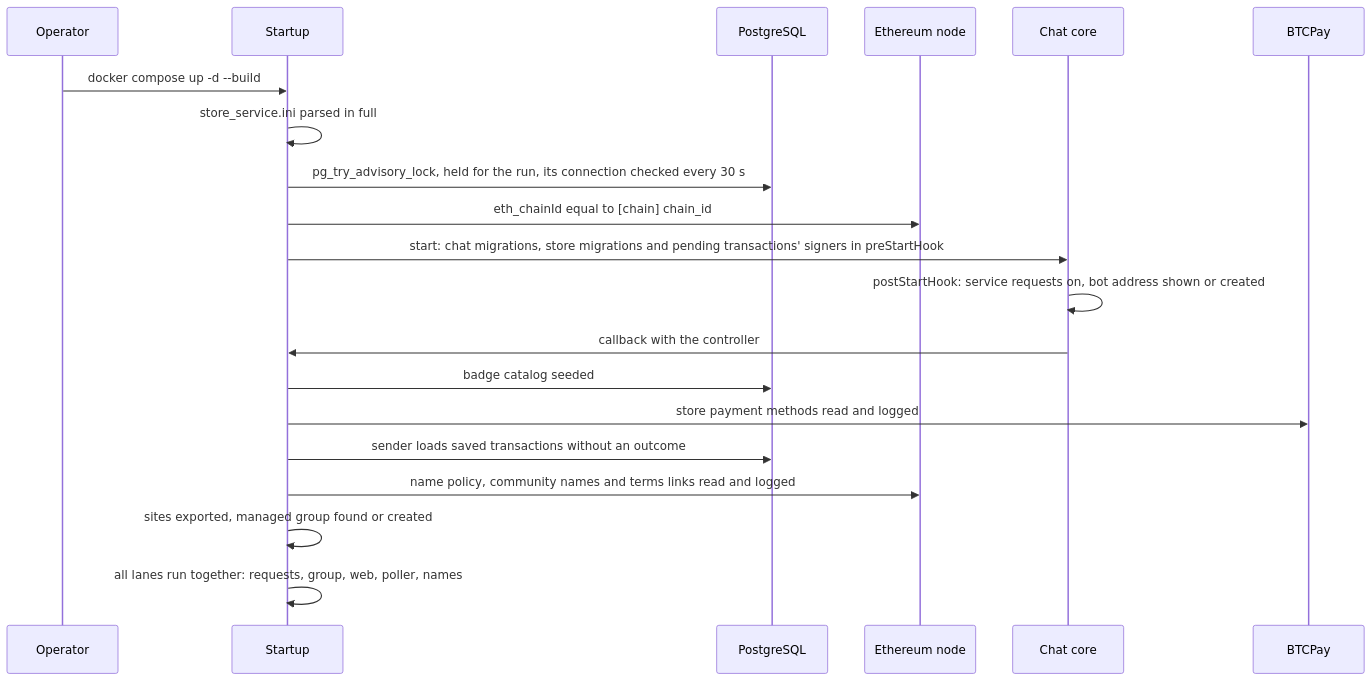
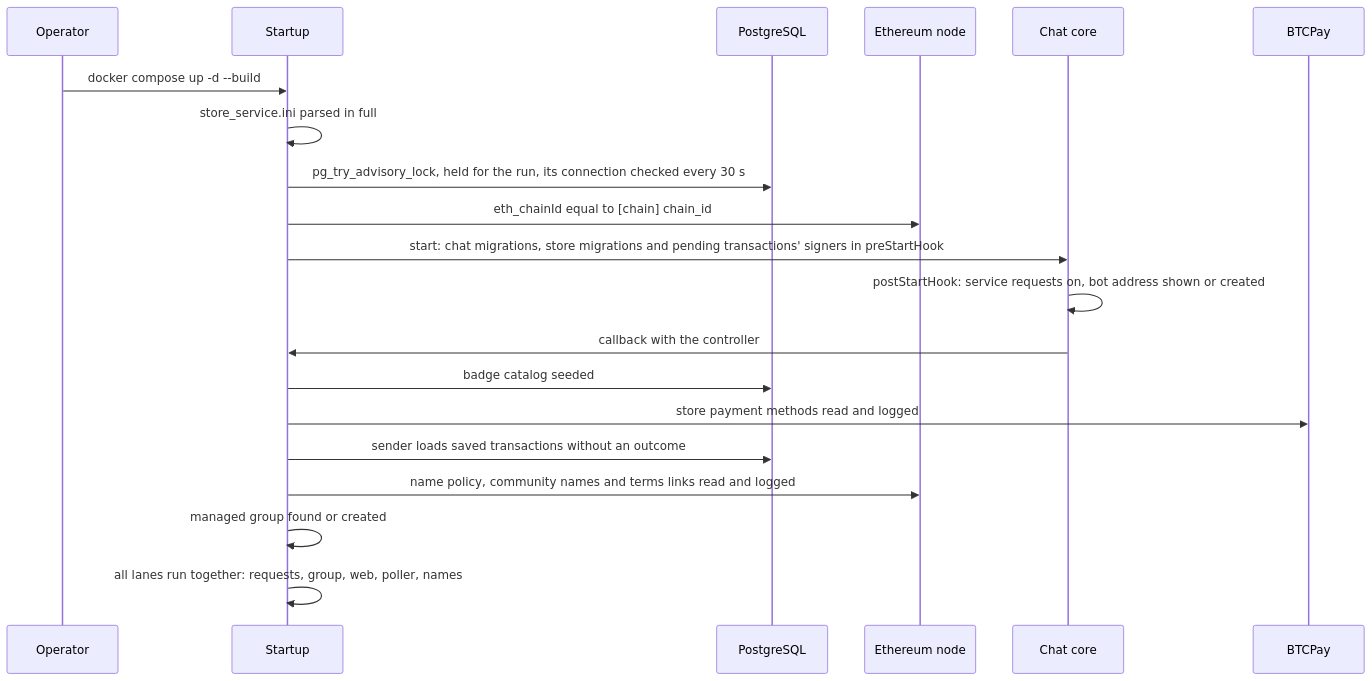
Before and after one commit to simplex-chat/simplex-chat: diagram 14 of 14 in apps/simplex-store-service/docs/names.md, drawn with Mermaid. The commit also changed other lines of this file and 15 other files, not shown here.

````diff
--- a/apps/simplex-store-service/docs/names.md
+++ b/apps/simplex-store-service/docs/names.md
@@ -597,22 +597,22 @@
 ```mermaid
 sequenceDiagram
   participant O as Operator
   participant U as Startup
   participant D as PostgreSQL
   participant E as Ethereum node
   participant C as Chat core
   participant V as BTCPay
   O->>U: docker compose up -d --build
   U->>U: store_service.ini parsed in full
   U->>D: pg_try_advisory_lock, held for the run, its connection checked every 30 s
   U->>E: eth_chainId equal to [chain] chain_id
   U->>C: start: chat migrations, store migrations and pending transactions' signers in preStartHook
   C->>C: postStartHook: service requests on, bot address shown or created
   C->>U: callback with the controller
   U->>D: badge catalog seeded
   U->>V: store payment methods read and logged
   U->>D: sender loads saved transactions without an outcome
   U->>E: name policy, community names and terms links read and logged
-  U->>U: sites exported, managed group found or created
+  U->>U: managed group found or created
   U->>U: all lanes run together: requests, group, web, poller, names
 ```
````
